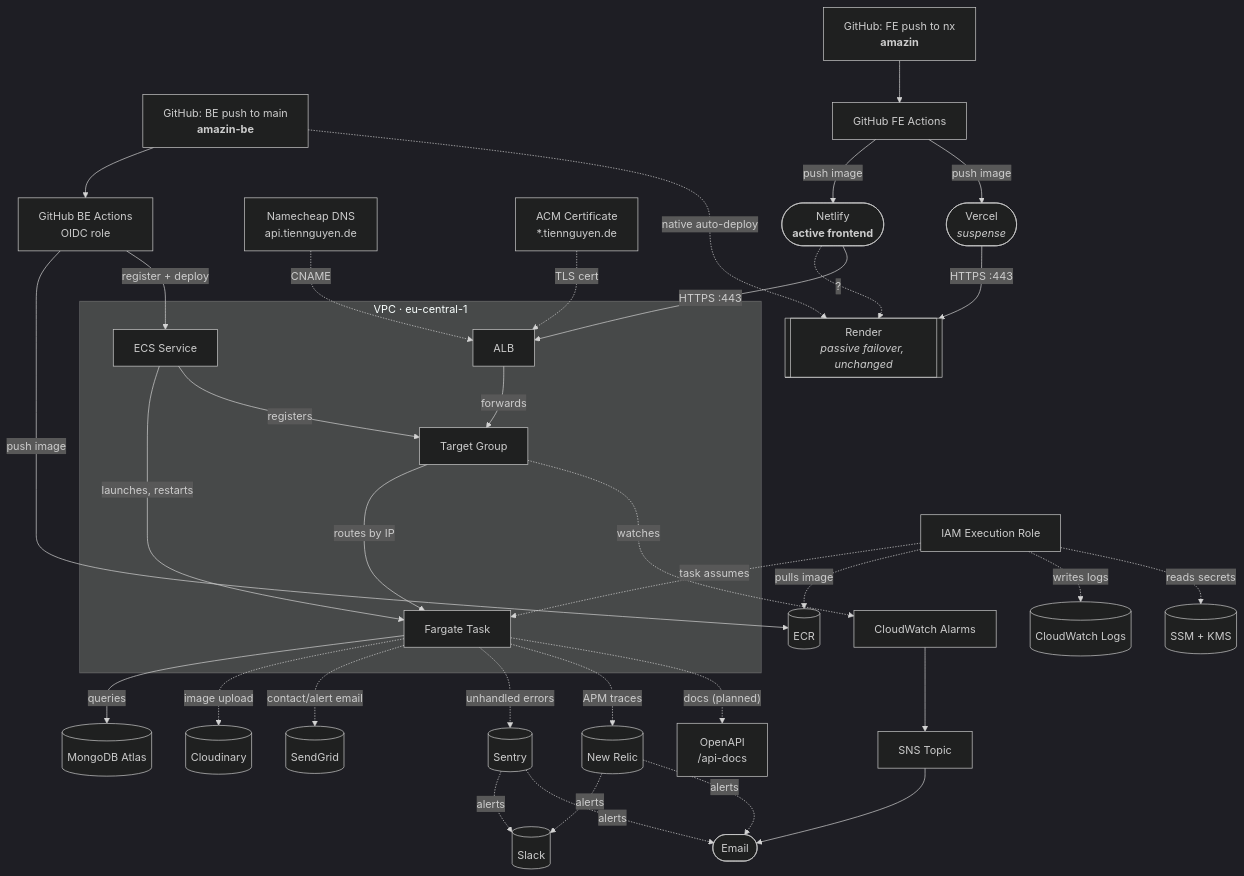
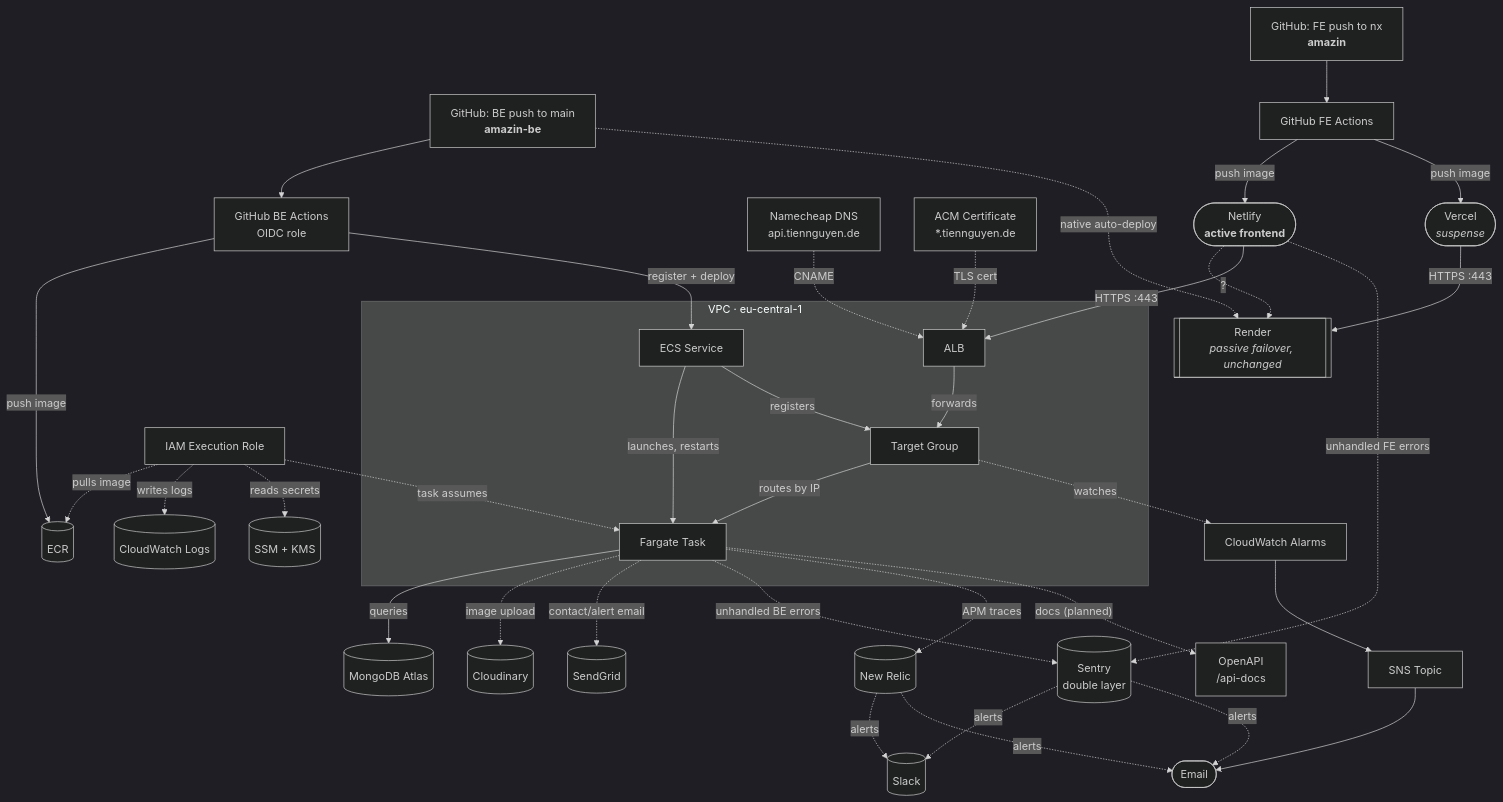
Before and after one commit to ntrix/amazin-be: the second of 2 diagrams in README.md, drawn with Mermaid (dark theme).

Commit message:
docs(readme): sentry now double-layer, tracks FE errors via netlify too

````diff
--- a/README.md
+++ b/README.md
@@ -116,49 +116,50 @@
 ```mermaid
 flowchart TB
   GitHubBE["GitHub: BE push to main<br/><b>amazin-be</b>"] --> ActionsBE["GitHub BE Actions<br/>OIDC role"]
   ActionsBE -->|"push image"| ECR2[("ECR")]
   ActionsBE -->|"register + deploy"| Service2
   GitHubBE -.->|"native auto-deploy"| Render2
 
   DNS["Namecheap DNS<br/>api.tiennguyen.de"] -. CNAME .-> ALB2
   ACM["ACM Certificate<br/>*.tiennguyen.de"] -. "TLS cert" .-> ALB2
 
   GitHubFE["GitHub: FE push to nx<br/><b>amazin</b>"] --> ActionsFE["GitHub FE Actions"]
   ActionsFE -->|"push image"| Netlify2(["Netlify<br/><b>active frontend</b>"]) .->|"?"| Render2
   Netlify2 -->|"HTTPS :443"| ALB2["ALB"]
   ActionsFE -->|"push image"| Vercel2(["Vercel<br/><i>suspense</i>"]) -->|"HTTPS :443"| Render2
   ALB2 -->|forwards| TG2["Target Group"]
   TG2 -->|"routes by IP"| Task2["Fargate Task"]
   Task2 -->|queries| Mongo2[("MongoDB Atlas")]
   Service2["ECS Service"] -->|"launches, restarts"| Task2
   Service2 -->|registers| TG2
+  Netlify2 -. "unhandled FE errors" .-> Sentry
 
-  ~~~Role2["IAM Execution Role"] -. "task assumes" .-> Task2
+  Role2["IAM Execution Role"] -. "task assumes" .-> Task2
   Role2 -. "pulls image" .-> ECR2
   Role2 -. "writes logs" .-> Logs2[("CloudWatch Logs")]
   Role2 -. "reads secrets" .-> SSM2[("SSM + KMS")]
 
   TG2 -. watches .-> Alarms["CloudWatch Alarms"]
   Alarms --> SNS["SNS Topic"]
   SNS --> Email([Email])
 
   Task2 -. "image upload" .-> Cloudinary[("Cloudinary")]
   Task2 -. "contact/alert email" .-> SendGrid[("SendGrid")]
 
-  Task2 -. "unhandled errors" .-> Sentry[("Sentry")]
-  Task2 -. "APM traces" .-> NewRelic[("New Relic")]
-  Task2 -. "docs (planned)" .-> OpenAPI["OpenAPI<br>/api-docs"]
   Sentry -. alerts .-> Slack[("Slack")]
   Sentry -. alerts .-> Email
   NewRelic -. alerts .-> Slack
   NewRelic -. alerts .-> Email
+  Task2 -. "unhandled BE errors" .-> Sentry[("Sentry<br>double layer")]
+  Task2 -. "APM traces" .-> NewRelic[("New Relic")]
+  Task2 -. "docs (planned)" .-> OpenAPI["OpenAPI<br>/api-docs"]
 
   Render2[["Render<br/><i>passive failover, unchanged</i>"]]
 
   subgraph VPC2["VPC · eu-central-1"]
     ALB2
     TG2
     Task2
     Service2
   end
 ```
````
